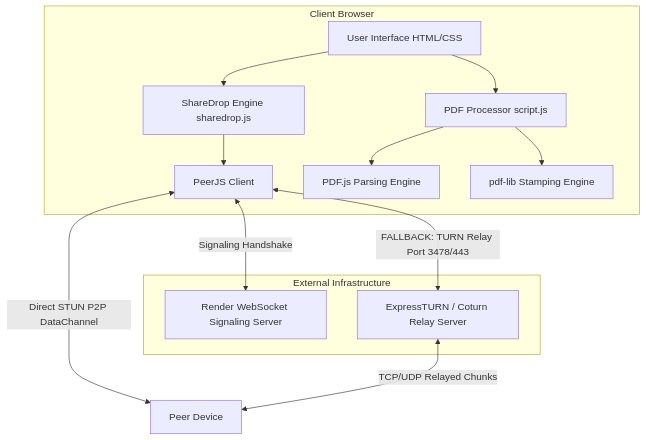
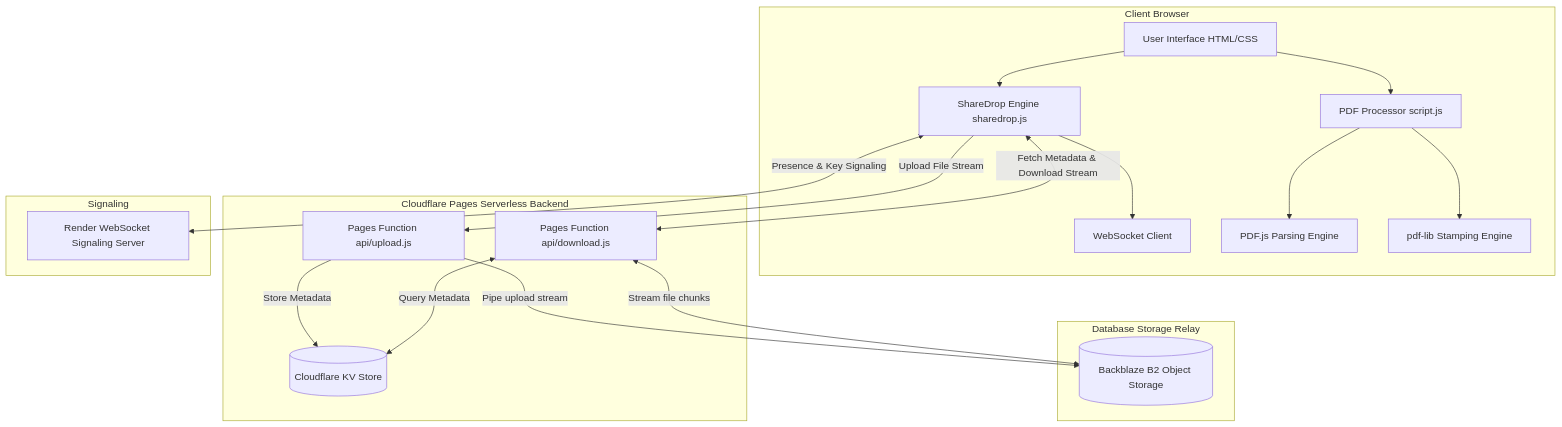
One commit to surajgtech52-jpg/lablazy-pdf-editor changed the diagram in README.md. Above: the diagram before and after it, drawn with Mermaid. The commit also changed other lines of this file and 4 other files, not shown here.

````diff
--- a/README.md
+++ b/README.md
@@ -41,20 +35,32 @@
 ```mermaid
 graph TD
     subgraph Client Browser
         A[User Interface HTML/CSS] --> B[ShareDrop Engine sharedrop.js]
         A --> C[PDF Processor script.js]
-        B --> D[PeerJS Client]
+        B --> D[WebSocket Client]
         C --> E[PDF.js Parsing Engine]
         C --> F[pdf-lib Stamping Engine]
     end
 
-    subgraph External Infrastructure
-        G[Render WebSocket Signaling Server]
-        H[ExpressTURN / Coturn Relay Server]
+    subgraph Cloudflare Pages Serverless Backend
+        G[Pages Function api/upload.js]
+        H[Pages Function api/download.js]
+        I[(Cloudflare KV Store)]
     end
 
-    D <-->|Signaling Handshake| G
-    D <-->|Direct STUN P2P DataChannel| I[Peer Device]
-    D <-->|FALLBACK: TURN Relay Port 3478/443| H
-    H <-->|TCP/UDP Relayed Chunks| I
+    subgraph Database Storage Relay
+        J[(Backblaze B2 Object Storage)]
+    end
+
+    subgraph Signaling
+        K[Render WebSocket Signaling Server]
+    end
+
+    B <-->|Presence & Key Signaling| K
+    B -->|Upload File Stream| G
+    G -->|Store Metadata| I
+    G -->|Pipe upload stream| J
+    B <-->|Fetch Metadata & Download Stream| H
+    H <-->|Query Metadata| I
+    H <-->|Stream file chunks| J
 ```
````
